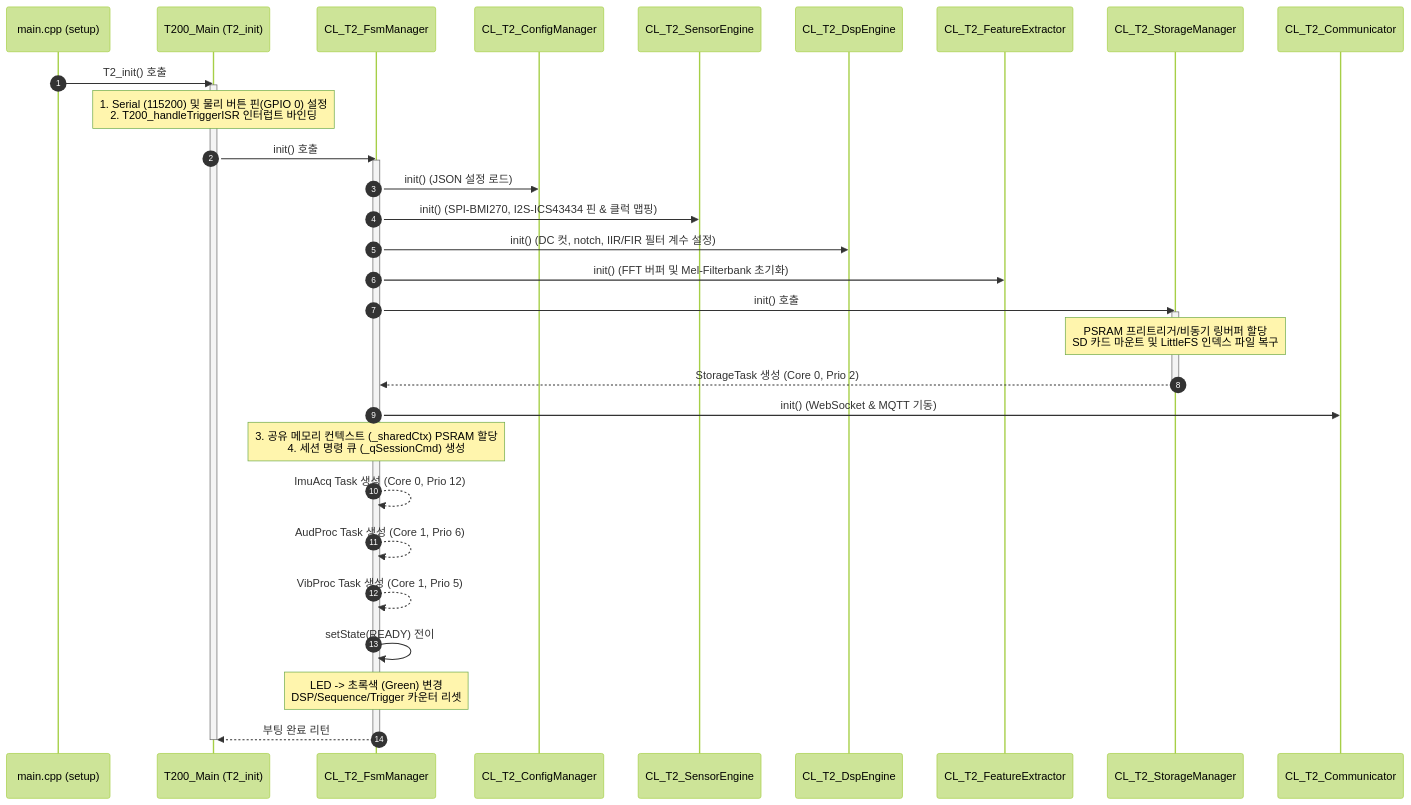
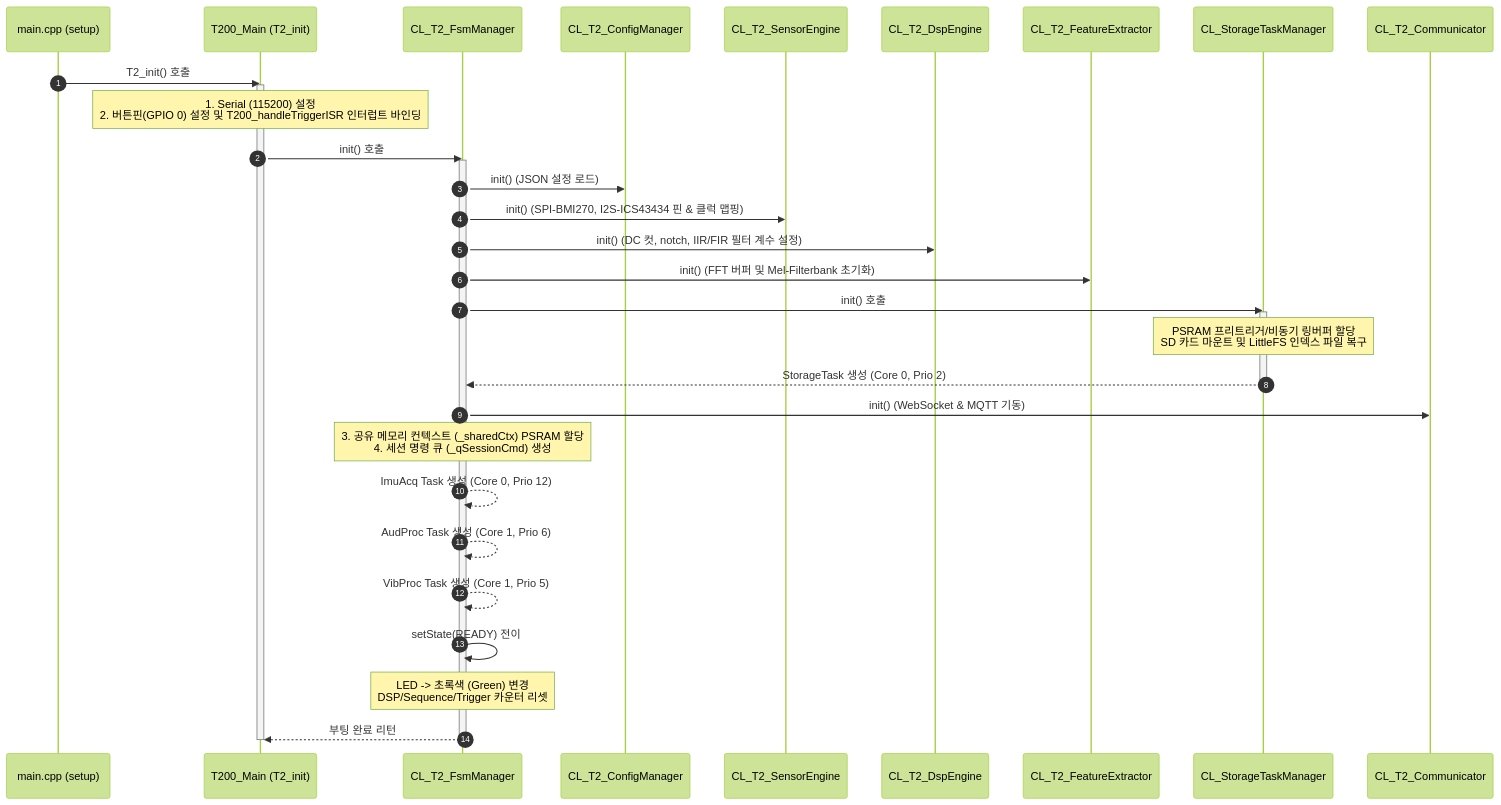
Before and after one commit to hosanglee-kr/ESP32_MSFM_250: the first of 5 diagrams in src/T2_MSFM_250/Docs_FuncSpec/S40_func_flow_250.md, drawn with Mermaid (forest theme). The commit also changed other lines of this file and 9 other files, not shown here.

````diff
--- a/src/T2_MSFM_250/Docs_FuncSpec/S40_func_flow_250.md
+++ b/src/T2_MSFM_250/Docs_FuncSpec/S40_func_flow_250.md
@@ -28,45 +28,45 @@
 ```mermaid
 sequenceDiagram
     autonumber
     participant Main as main.cpp (setup)
     participant T200 as T200_Main (T2_init)
     participant FsmMgr as CL_T2_FsmManager
     participant CfgMgr as CL_T2_ConfigManager
     participant Sensor as CL_T2_SensorEngine
     participant DspEng as CL_T2_DspEngine
     participant FeatExt as CL_T2_FeatureExtractor
-    participant Storage as CL_T2_StorageManager
+    participant Storage as CL_StorageTaskManager
     participant Commu as CL_T2_Communicator
 
     Main->>T200: T2_init() 호출
     activate T200
-    Note over T200: 1. Serial (115200) 및 물리 버튼 핀(GPIO 0) 설정<br/>2. T200_handleTriggerISR 인터럽트 바인딩
+    Note over T200: 1. Serial (115200) 설정 <br/>2. 버튼핀(GPIO 0) 설정 및 T200_handleTriggerISR 인터럽트 바인딩
     T200->>FsmMgr: init() 호출
     activate FsmMgr
     
     FsmMgr->>CfgMgr: init() (JSON 설정 로드)
     FsmMgr->>Sensor: init() (SPI-BMI270, I2S-ICS43434 핀 & 클럭 맵핑)
     FsmMgr->>DspEng: init() (DC 컷, notch, IIR/FIR 필터 계수 설정)
     FsmMgr->>FeatExt: init() (FFT 버퍼 및 Mel-Filterbank 초기화)
     
     FsmMgr->>Storage: init() 호출
     activate Storage
     Note over Storage: PSRAM 프리트리거/비동기 링버퍼 할당<br/>SD 카드 마운트 및 LittleFS 인덱스 파일 복구
     Storage-->>FsmMgr: StorageTask 생성 (Core 0, Prio 2)
     deactivate Storage
 
     FsmMgr->>Commu: init() (WebSocket & MQTT 기동)
     
     Note over FsmMgr: 3. 공유 메모리 컨텍스트 (_sharedCtx) PSRAM 할당<br/>4. 세션 명령 큐 (_qSessionCmd) 생성
     
     FsmMgr-->>FsmMgr: ImuAcq Task 생성 (Core 0, Prio 12)
     FsmMgr-->>FsmMgr: AudProc Task 생성 (Core 1, Prio 6)
     FsmMgr-->>FsmMgr: VibProc Task 생성 (Core 1, Prio 5)
     
     FsmMgr->>FsmMgr: setState(READY) 전이
     Note over FsmMgr: LED -> 초록색 (Green) 변경<br/>DSP/Sequence/Trigger 카운터 리셋
     
     FsmMgr-->>T200: 부팅 완료 리턴
     deactivate FsmMgr
     deactivate T200
 ```
````
